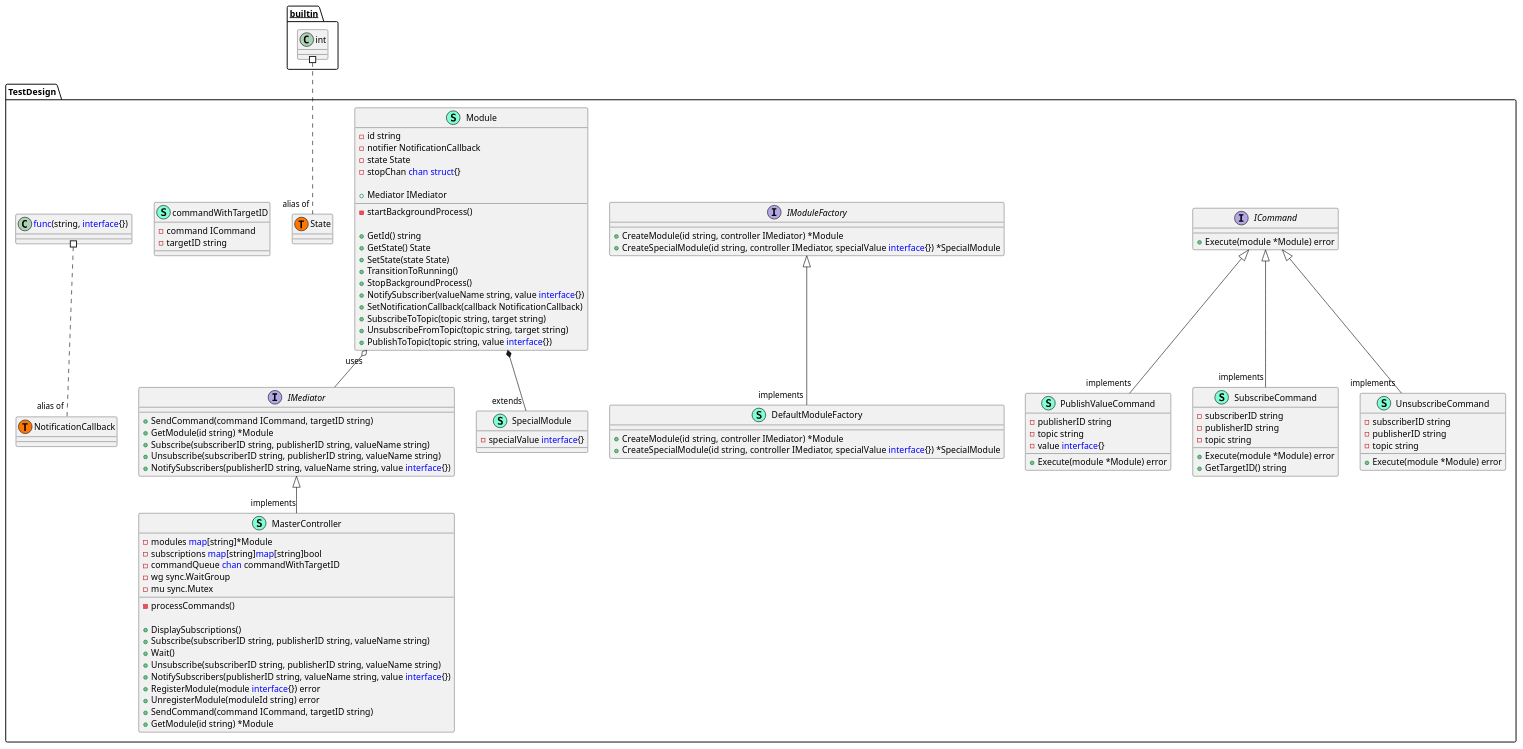
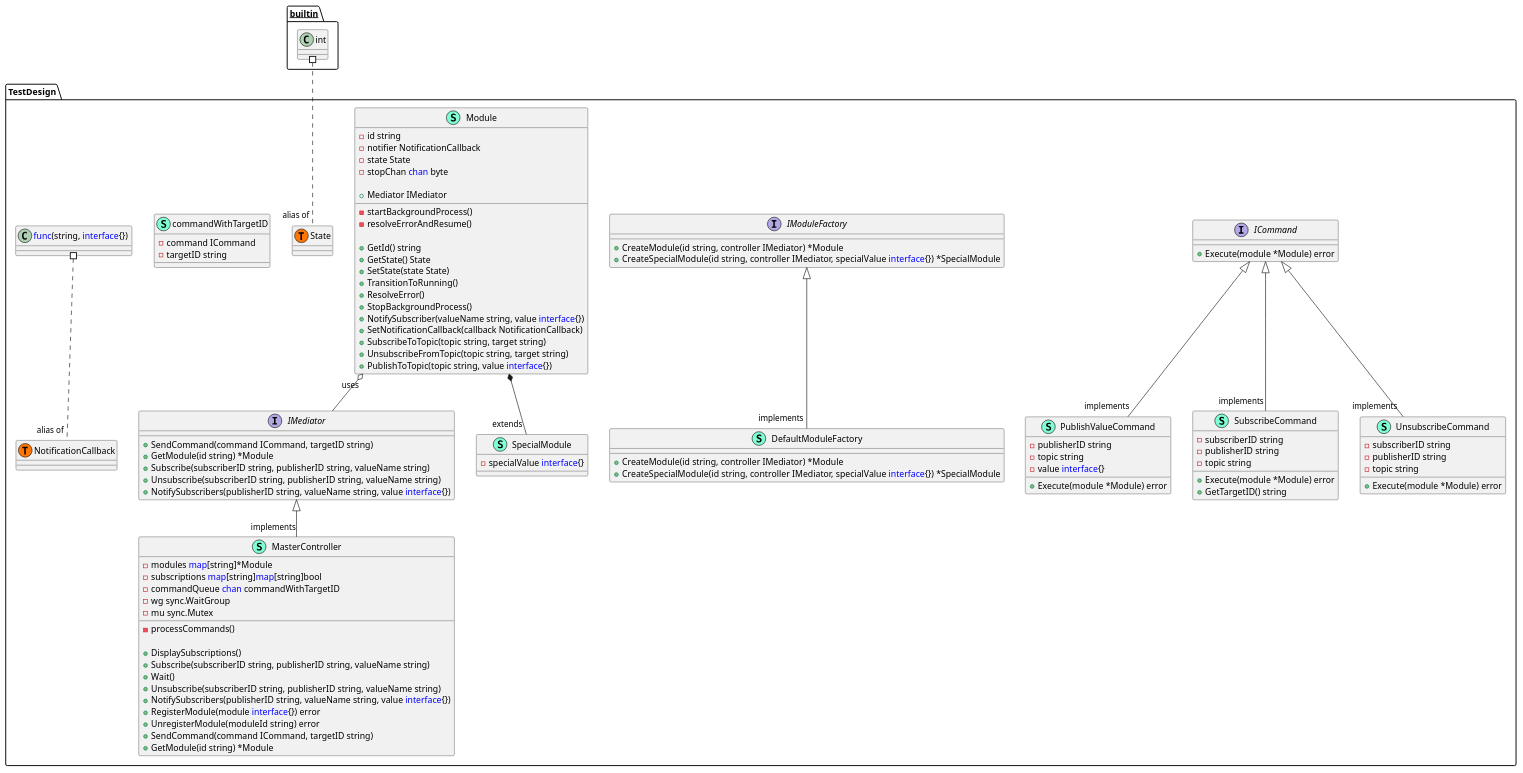
One commit to JessevGoolFMI/MCDesign changed the diagram in plantuml.puml. Above: the diagram before and after it, drawn with PlantUML. The commit also changed 5 other files, not shown here.

```diff
--- a/plantuml.puml
+++ b/plantuml.puml
@@ -1,118 +1,120 @@
 @startuml
 namespace TestDesign {
     class DefaultModuleFactory << (S,Aquamarine) >> {
         + CreateModule(id string, controller IMediator) *Module
         + CreateSpecialModule(id string, controller IMediator, specialValue <font color=blue>interface</font>{}) *SpecialModule
 
     }
     interface ICommand  {
         + Execute(module *Module) error
 
     }
     interface IMediator  {
         + SendCommand(command ICommand, targetID string) 
         + GetModule(id string) *Module
         + Subscribe(subscriberID string, publisherID string, valueName string) 
         + Unsubscribe(subscriberID string, publisherID string, valueName string) 
         + NotifySubscribers(publisherID string, valueName string, value <font color=blue>interface</font>{}) 
 
     }
     interface IModuleFactory  {
         + CreateModule(id string, controller IMediator) *Module
         + CreateSpecialModule(id string, controller IMediator, specialValue <font color=blue>interface</font>{}) *SpecialModule
 
     }
     class MasterController << (S,Aquamarine) >> {
         - modules <font color=blue>map</font>[string]*Module
         - subscriptions <font color=blue>map</font>[string]<font color=blue>map</font>[string]bool
         - commandQueue <font color=blue>chan</font> commandWithTargetID
         - wg sync.WaitGroup
         - mu sync.Mutex
 
         - processCommands() 
 
         + DisplaySubscriptions() 
         + Subscribe(subscriberID string, publisherID string, valueName string) 
         + Wait() 
         + Unsubscribe(subscriberID string, publisherID string, valueName string) 
         + NotifySubscribers(publisherID string, valueName string, value <font color=blue>interface</font>{}) 
         + RegisterModule(module <font color=blue>interface</font>{}) error
         + UnregisterModule(moduleId string) error
         + SendCommand(command ICommand, targetID string) 
         + GetModule(id string) *Module
 
     }
     class Module << (S,Aquamarine) >> {
         - id string
         - notifier NotificationCallback
         - state State
-        - stopChan <font color=blue>chan</font> <font color=blue>struct</font>{}
+        - stopChan <font color=blue>chan</font> byte
 
         + Mediator IMediator
 
         - startBackgroundProcess() 
+        - resolveErrorAndResume() 
 
         + GetId() string
         + GetState() State
         + SetState(state State) 
         + TransitionToRunning() 
+        + ResolveError() 
         + StopBackgroundProcess() 
         + NotifySubscriber(valueName string, value <font color=blue>interface</font>{}) 
         + SetNotificationCallback(callback NotificationCallback) 
         + SubscribeToTopic(topic string, target string) 
         + UnsubscribeFromTopic(topic string, target string) 
         + PublishToTopic(topic string, value <font color=blue>interface</font>{}) 
 
     }
     class PublishValueCommand << (S,Aquamarine) >> {
         - publisherID string
         - topic string
         - value <font color=blue>interface</font>{}
 
         + Execute(module *Module) error
 
     }
     class SpecialModule << (S,Aquamarine) >> {
         - specialValue <font color=blue>interface</font>{}
 
     }
     class SubscribeCommand << (S,Aquamarine) >> {
         - subscriberID string
         - publisherID string
         - topic string
 
         + Execute(module *Module) error
         + GetTargetID() string
 
     }
     class TestDesign.NotificationCallback << (T, #FF7700) >>  {
     }
     class TestDesign.State << (T, #FF7700) >>  {
     }
     class UnsubscribeCommand << (S,Aquamarine) >> {
         - subscriberID string
         - publisherID string
         - topic string
 
         + Execute(module *Module) error
 
     }
     class commandWithTargetID << (S,Aquamarine) >> {
         - command ICommand
         - targetID string
 
     }
 }
 "TestDesign.Module" *-- "extends""TestDesign.SpecialModule"
 
 "TestDesign.IModuleFactory" <|-- "implements""TestDesign.DefaultModuleFactory"
 "TestDesign.IMediator" <|-- "implements""TestDesign.MasterController"
 "TestDesign.ICommand" <|-- "implements""TestDesign.PublishValueCommand"
 "TestDesign.ICommand" <|-- "implements""TestDesign.SubscribeCommand"
 "TestDesign.ICommand" <|-- "implements""TestDesign.UnsubscribeCommand"
 
 "TestDesign.Module""uses" o-- "TestDesign.IMediator"
 
 "TestDesign.<font color=blue>func</font>(string, <font color=blue>interface</font>{}) " #.. "alias of""TestDesign.NotificationCallback"
 "__builtin__.int" #.. "alias of""TestDesign.State"
 @enduml
```
